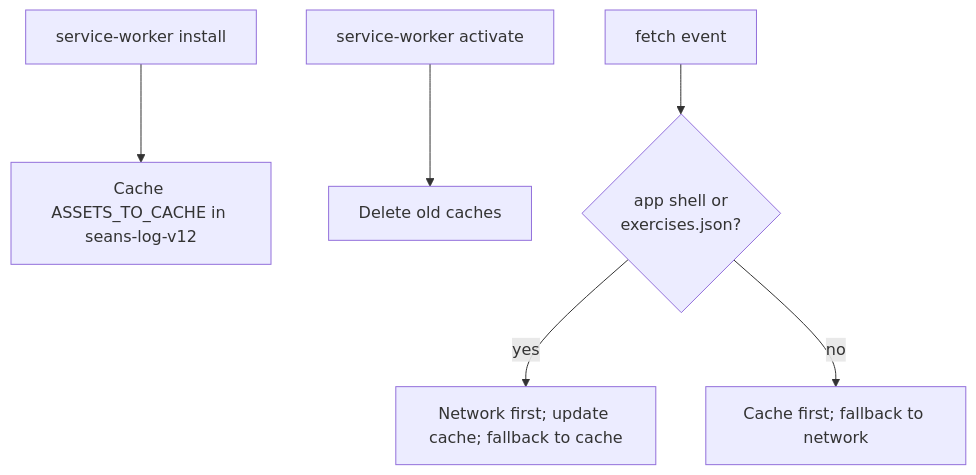
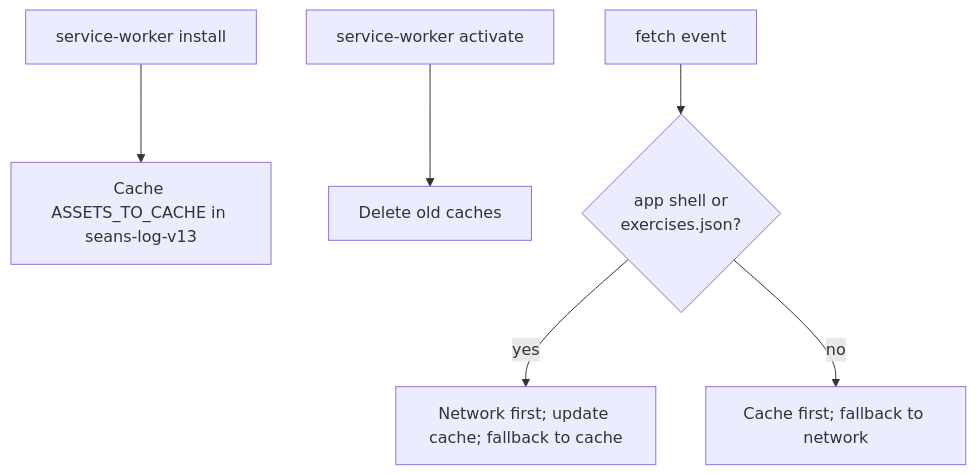
One commit to 0sps/sull1van.com changed the fifth of 5 diagrams in workouts/WORKOUTS_ARCHITECTURE.md. Above: the diagram before and after it, drawn with Mermaid. The commit also changed other lines of this file and 2 other files, not shown here.

````diff
--- a/workouts/WORKOUTS_ARCHITECTURE.md
+++ b/workouts/WORKOUTS_ARCHITECTURE.md
@@ -224,8 +224,8 @@
 ```mermaid
 flowchart TD
-    Install["service-worker install"] --> Cache["Cache ASSETS_TO_CACHE in seans-log-v12"]
+    Install["service-worker install"] --> Cache["Cache ASSETS_TO_CACHE in seans-log-v13"]
     Activate["service-worker activate"] --> Cleanup["Delete old caches"]
     Fetch["fetch event"] --> Shell{"app shell or<br/>exercises.json?"}
     Shell -->|yes| NetworkFirst["Network first; update cache; fallback to cache"]
     Shell -->|no| CacheFirst["Cache first; fallback to network"]
 ```
````
